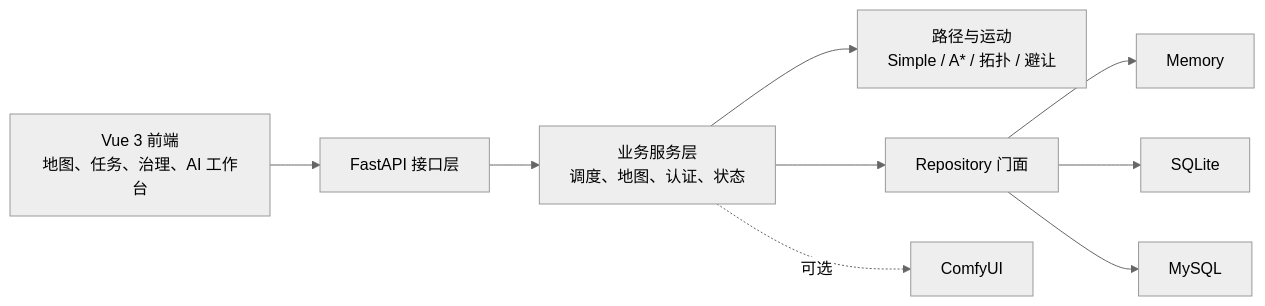
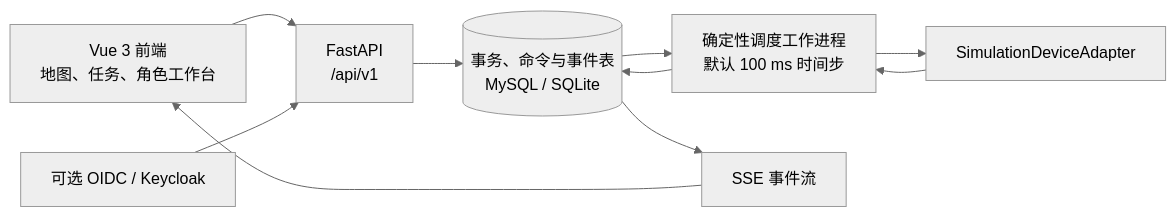
One commit to Novince404/AGV changed the diagram in README.md. Above: the diagram before and after it, drawn with Mermaid (neutral theme). The commit also changed other lines of this file and 462 other files, not shown here.

````diff
--- a/README.md
+++ b/README.md
@@ -50,11 +52,12 @@
 ```mermaid
 flowchart LR
-    UI["Vue 3 前端<br/>地图、任务、治理、AI 工作台"] --> API["FastAPI 接口层"]
-    API --> SVC["业务服务层<br/>调度、地图、认证、状态"]
-    SVC --> PLAN["路径与运动<br/>Simple / A* / 拓扑 / 避让"]
-    SVC --> REPO["Repository 门面"]
-    REPO --> MEM["Memory"]
-    REPO --> SQLITE["SQLite"]
-    REPO --> MYSQL["MySQL"]
-    SVC -. 可选 .-> COMFY["ComfyUI"]
+    UI["Vue 3 前端<br/>地图、任务、角色工作台"] --> API["FastAPI<br/>/api/v1"]
+    API --> DB[("事务、命令与事件表<br/>MySQL / SQLite")]
+    DB --> SCH["确定性调度工作进程<br/>默认 100 ms 时间步"]
+    SCH --> ADAPTER["SimulationDeviceAdapter"]
+    ADAPTER --> SCH
+    SCH --> DB
+    DB --> SSE["SSE 事件流"]
+    SSE --> UI
+    OIDC["可选 OIDC / Keycloak"] --> API
 ```
````
